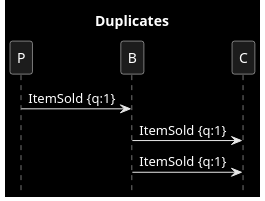
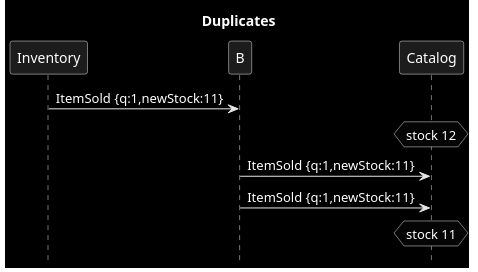
One commit to victorrentea/kafka changed the diagram in patterns/1_duplicates.puml. Above: the diagram before and after it, drawn with PlantUML. The commit also changed 1 other file, not shown here.

```diff
--- a/patterns/1_duplicates.puml
+++ b/patterns/1_duplicates.puml
@@ -1,9 +1,11 @@
 @startuml
 title Duplicates
 hide footbox
 skinparam monochrome reverse
 
-P->B: ItemSold {q:1}
-B->C: ItemSold {q:1}
-B->C: ItemSold {q:1}
+Inventory->B: ItemSold {q:1,newStock:11}
+hnote over Catalog: stock 12
+B->Catalog: ItemSold {q:1,newStock:11}
+B->Catalog: ItemSold {q:1,newStock:11}
+hnote over Catalog: stock 11
 @enduml
```
